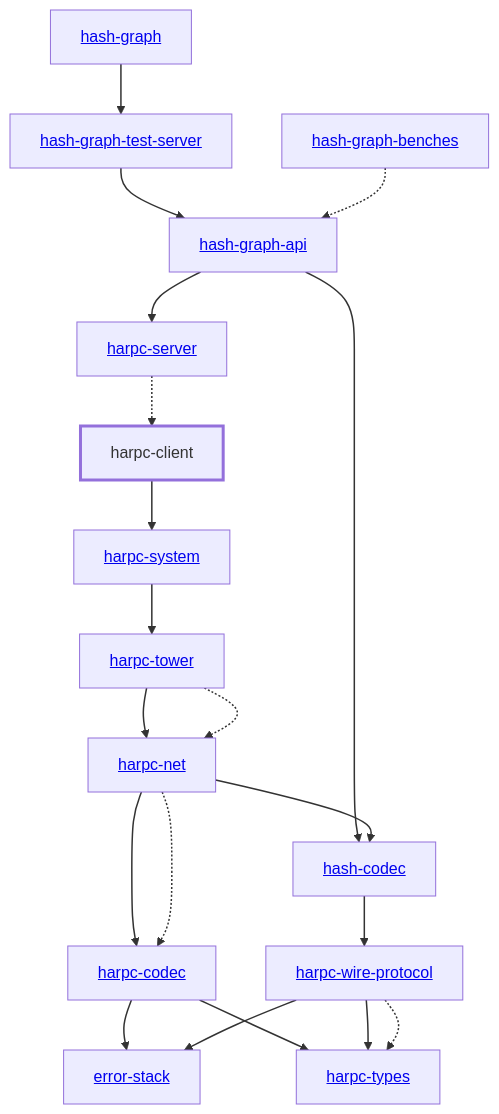
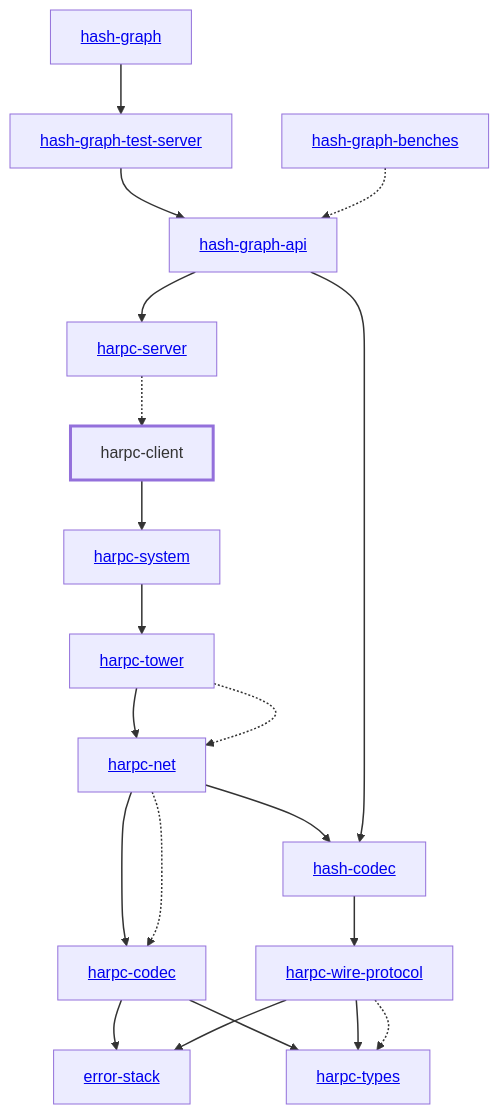
One commit to hashintel/hash changed the diagram in libs/@local/harpc/client/rust/docs/dependency-diagram.mmd. Above: the diagram before and after it, drawn with Mermaid. The commit also changed other lines of this file and 111 other files, not shown here.

Commit message:
Avoid dependency on `hash-graph-types` and initial type branding

```diff
--- a/libs/@local/harpc/client/rust/docs/dependency-diagram.mmd
+++ b/libs/@local/harpc/client/rust/docs/dependency-diagram.mmd
@@ -1,44 +1,44 @@
 graph TD
     linkStyle default stroke-width:1.5px
     classDef default stroke-width:1px
     classDef root stroke-width:3px
     classDef dev stroke-width:1px
     classDef build stroke-width:1px
     %% Legend
     %% --> : Normal dependency
     %% -.-> : Dev dependency
     %% ---> : Build dependency
     0[<a href="../harpc_tower/index.html">harpc-tower</a>]
     1[<a href="../harpc_types/index.html">harpc-types</a>]
     2[<a href="../harpc_wire_protocol/index.html">harpc-wire-protocol</a>]
     3[<a href="../hash_codec/index.html">hash-codec</a>]
     4[<a href="../hash_graph/index.html">hash-graph</a>]
     5[<a href="../hash_graph_api/index.html">hash-graph-api</a>]
     6[<a href="../hash_graph_test_server/index.html">hash-graph-test-server</a>]
     7[<a href="../error_stack/index.html">error-stack</a>]
     8[<a href="../hash_graph_benches/index.html">hash-graph-benches</a>]
     9[harpc-client]
     class 9 root
     10[<a href="../harpc_codec/index.html">harpc-codec</a>]
     11[<a href="../harpc_net/index.html">harpc-net</a>]
     12[<a href="../harpc_server/index.html">harpc-server</a>]
     13[<a href="../harpc_system/index.html">harpc-system</a>]
-    5 --> 3
     6 --> 5
     5 --> 12
     9 --> 13
     10 --> 7
     10 --> 1
     11 --> 10
     11 --> 3
     11 -.-> 10
     12 -.-> 9
-    8 -.-> 5
     13 --> 0
     0 --> 11
     0 -.-> 11
     2 --> 7
     2 --> 1
     2 -.-> 1
     3 --> 2
+    5 --> 3
     4 --> 6
+    8 -.-> 5
```
